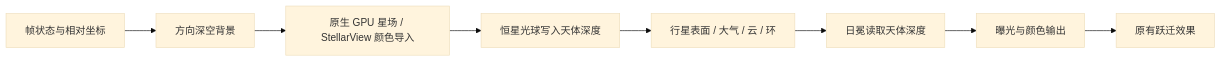
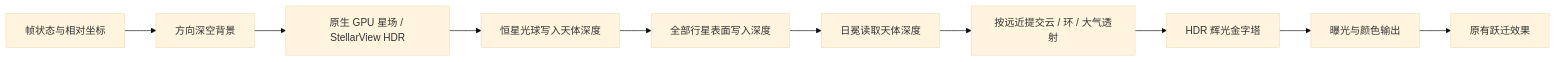
Before and after one commit to XiaoMa3413/StarboundMC-NeoForge1.21.1: the diagram in docs/space-render-pipeline.md, drawn with Mermaid (base theme). The commit also changed other lines of this file and 45 other files, not shown here.

Commit message:
feat: add cinematic space lighting and StellarView HDR integration

````diff
--- a/docs/space-render-pipeline.md
+++ b/docs/space-render-pipeline.md
@@ -9,10 +9,12 @@
 ```mermaid
 flowchart LR
     A[帧状态与相对坐标] --> B[方向深空背景]
-    B --> C[原生 GPU 星场 / StellarView 颜色导入]
+    B --> C[原生 GPU 星场 / StellarView HDR]
     C --> D[恒星光球写入天体深度]
-    D --> E[行星表面 / 大气 / 云 / 环]
+    D --> E[全部行星表面写入深度]
     E --> F[日冕读取天体深度]
-    F --> G[曝光与颜色输出]
+    F --> T[按远近提交云 / 环 / 大气透射]
+    T --> L[HDR 辉光金字塔]
+    L --> G[曝光与颜色输出]
     G --> H[原有跃迁效果]
 ```
````
